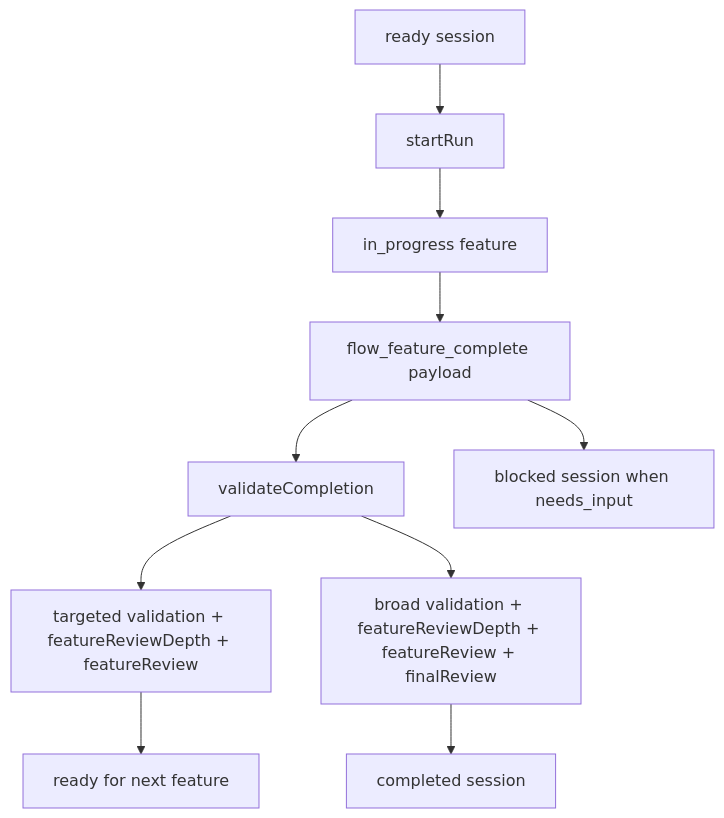
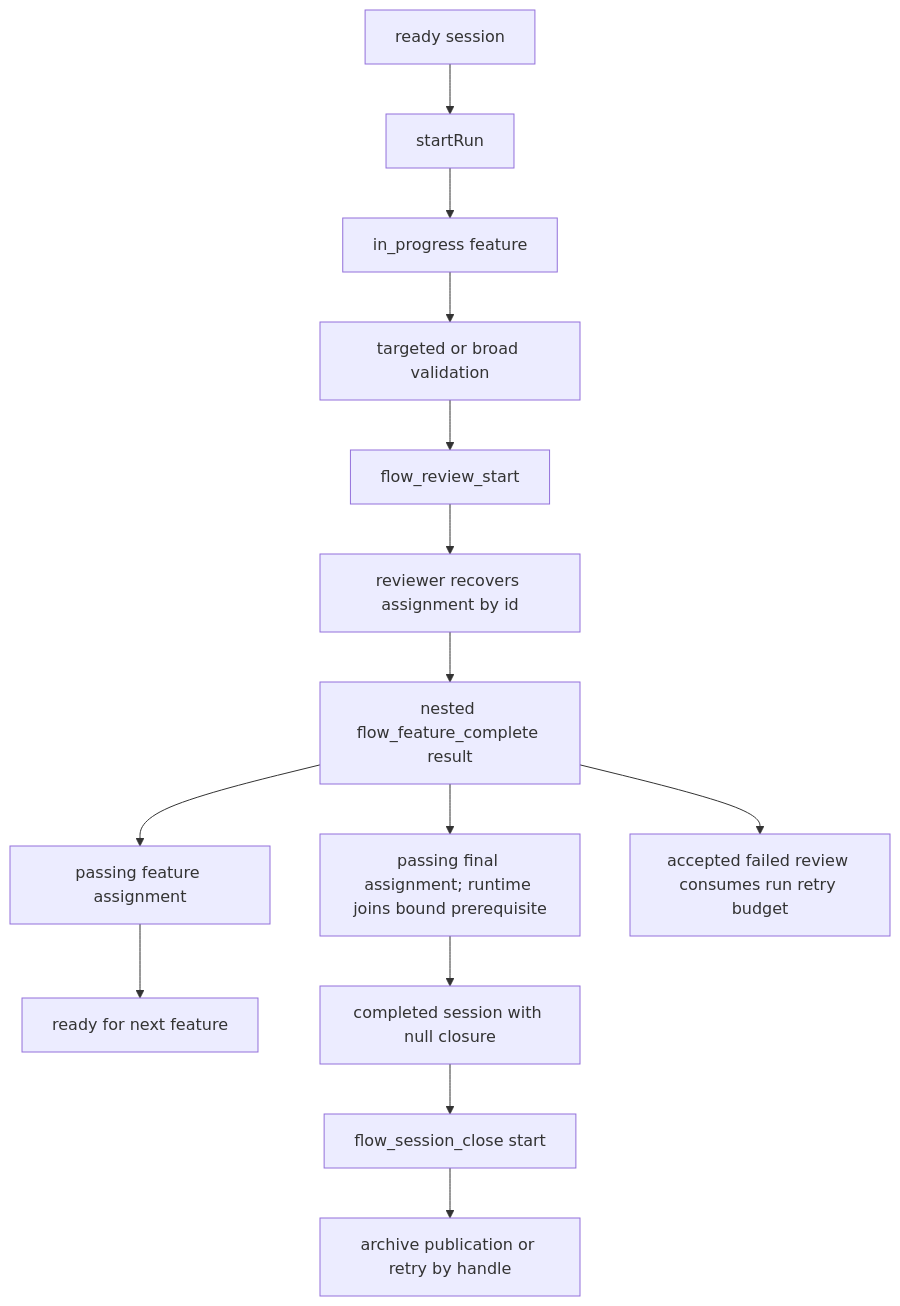
Before and after one commit to ddv1982/flow-opencode: the diagram in droid-wiki/features/execution-and-completion.md, drawn with Mermaid. The commit also changed other lines of this file and 120 other files, not shown here.

First line of the commit message:
Release Flow 5.2.0 runtime-owned review assignment lore

````diff
--- a/droid-wiki/features/execution-and-completion.md
+++ b/droid-wiki/features/execution-and-completion.md
@@ -34,12 +39,16 @@
 ```mermaid
 graph TD
     Ready[ready session] --> Start[startRun]
     Start --> Active[in_progress feature]
-    Active --> Payload[flow_feature_complete payload]
-    Payload --> Validate[validateCompletion]
-    Validate --> NonFinal[targeted validation + featureReviewDepth + featureReview]
-    Validate --> Final[broad validation + featureReviewDepth + featureReview + finalReview]
+    Active --> Validate[targeted or broad validation]
+    Validate --> Assign[flow_review_start]
+    Assign --> Review[reviewer recovers assignment by id]
+    Review --> Payload[nested flow_feature_complete result]
+    Payload --> NonFinal[passing feature assignment]
+    Payload --> Final[passing final assignment; runtime joins bound prerequisite]
     NonFinal --> NextReady[ready for next feature]
-    Final --> Complete[completed session]
-    Payload --> Blocked[blocked session when needs_input]
+    Final --> Complete[completed session with null closure]
+    Complete --> Close[flow_session_close start]
+    Close --> Archive[archive publication or retry by handle]
+    Payload --> Blocked[accepted failed review consumes run retry budget]
 ```
````
